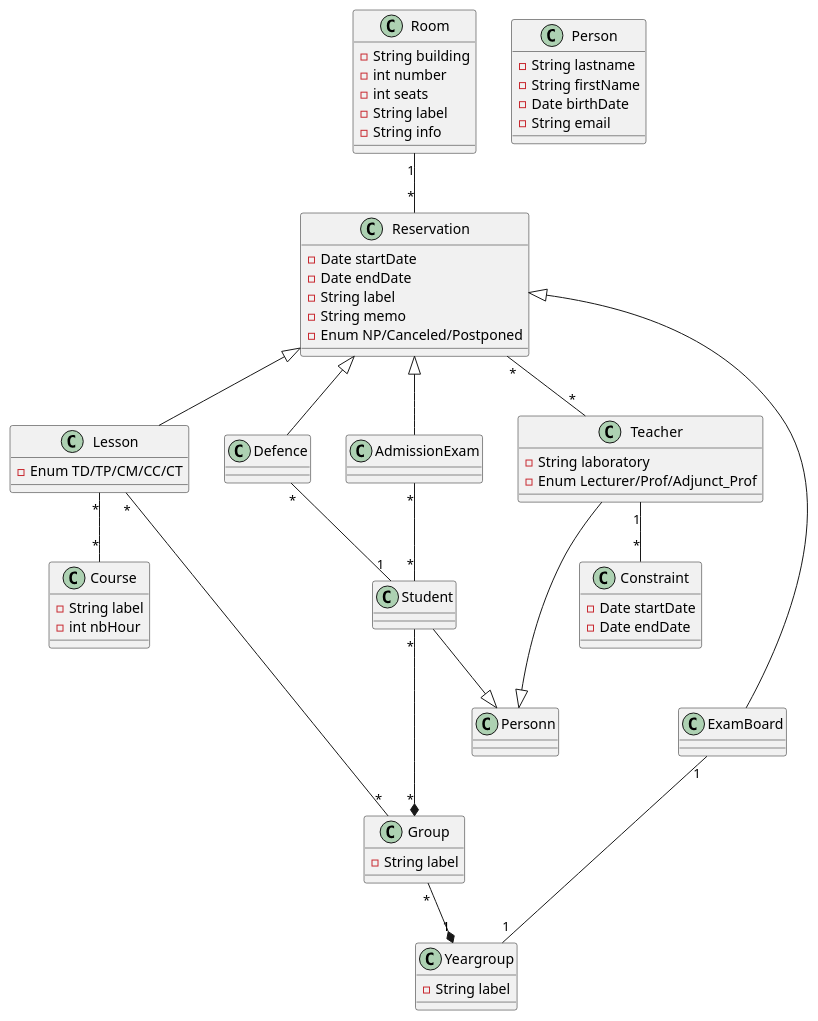
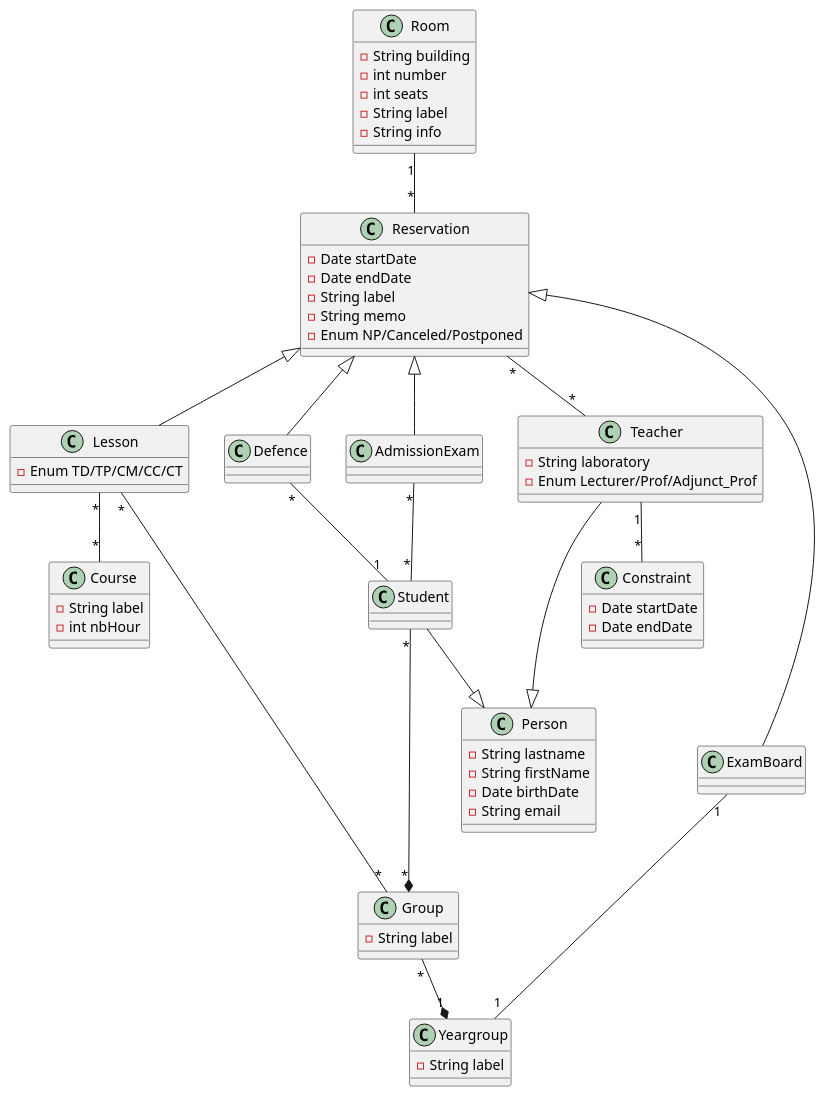
One commit to El-Sashok/UltraPlanning changed the diagram in ClassDiagram.iuml. Above: the diagram before and after it, drawn with PlantUML.

```diff
--- a/ClassDiagram.iuml
+++ b/ClassDiagram.iuml
@@ -1,91 +1,91 @@
 @startuml
 
 class Room {
     -String building
     -int number
     -int seats
     -String label
     -String info
 }
 
 class Lesson {
     -Enum TD/TP/CM/CC/CT
 }
 
 class Person {
     -String lastname
     -String firstName
     -Date birthDate
     -String email
 }
 
 class Yeargroup {
     -String label
 }
 
 class Course {
     -String label
     -int nbHour
 }
 
 class Constraint {
     -Date startDate
     -Date endDate
 }
 
 class Group {
     -String label
 }
 
 class Student
 
 class Teacher {
     -String laboratory
     -Enum Lecturer/Prof/Adjunct_Prof
 }
 
 class Reservation {
     -Date startDate
     -Date endDate
     -String label
     -String memo
     -Enum NP/Canceled/Postponed
 }
 
 class ExamBoard
 
 class AdmissionExam 
 
 Room "1" -- "*" Reservation
 
 Student "*" --* "*" Group
 
 Group "*" --* "1" Yeargroup 
 
 Lesson "*" ---- "*" Group
 
 Lesson "*" -- "*" Course
 
 Teacher "1" -- "*" Constraint
 
 Lesson -up-|> Reservation
 
 Defence -up-|> Reservation
 
 ExamBoard -up-|> Reservation
 
 AdmissionExam -up-|> Reservation
 
-Student --|> Personn
+Student --|> Person
 
-Teacher --|> Personn
+Teacher --|> Person
 
 AdmissionExam "*" -- "*" Student
 
 Reservation "*" -- "*" Teacher
 
 ExamBoard "1" -- "1" Yeargroup
 
 Defence "*" -- "1" Student
 
 @enduml
```
